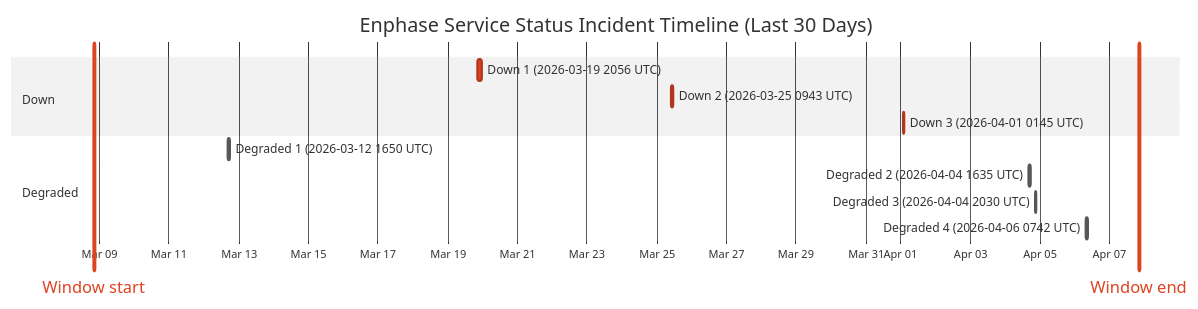
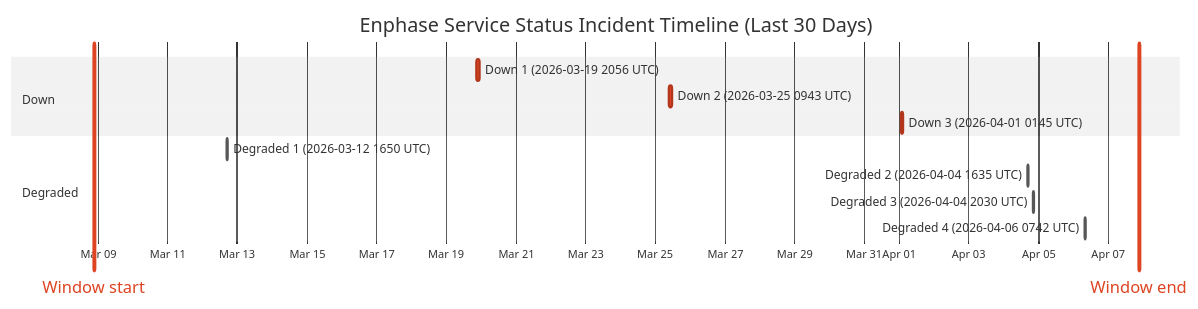
One commit to barneyonline/ha-enphase-ev-charger changed the diagram in wiki/Service-Status-History.md. Above: the diagram before and after it, drawn with Mermaid (neutral theme). The commit also changed other lines of this file and 3 other files, not shown here.

````diff
--- a/wiki/Service-Status-History.md
+++ b/wiki/Service-Status-History.md
@@ -14,17 +14,17 @@
 ```mermaid
 gantt
     title Enphase Service Status Incident Timeline (Last 30 Days)
     dateFormat  YYYY-MM-DDTHH:mm:ss
     axisFormat  %b %d
-    Window start :vert, window-start, 2026-03-08T20:05:46, 0ms
-    Window end :vert, window-end, 2026-04-07T20:05:46, 0ms
+    Window start :vert, window-start, 2026-03-08T21:10:07, 0ms
+    Window end :vert, window-end, 2026-04-07T21:10:07, 0ms
     section Down
     Down 1 (2026-03-19 2056 UTC) :crit, down-1, 2026-03-19T20:56:20, 145m
     Down 2 (2026-03-25 0943 UTC) :crit, down-2, 2026-03-25T09:43:28, 111m
     Down 3 (2026-04-01 0145 UTC) :crit, down-3, 2026-04-01T01:45:09, 60m
     section Degraded
     Degraded 1 (2026-03-12 1650 UTC) :active, degraded-1, 2026-03-12T16:50:43, 60m
     Degraded 2 (2026-04-04 1635 UTC) :active, degraded-2, 2026-04-04T16:35:17, 60m
     Degraded 3 (2026-04-04 2030 UTC) :active, degraded-3, 2026-04-04T20:30:40, 60m
     Degraded 4 (2026-04-06 0742 UTC) :active, degraded-4, 2026-04-06T07:42:09, 85m
 ```
````
